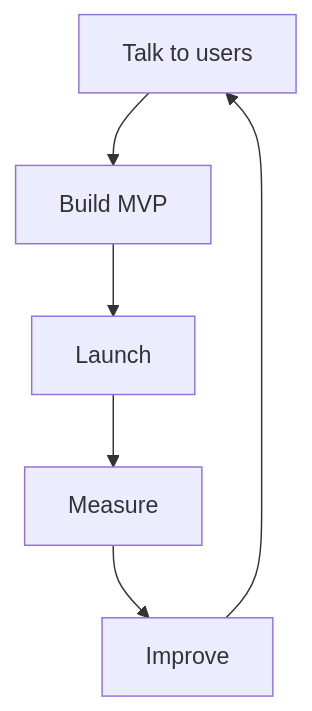
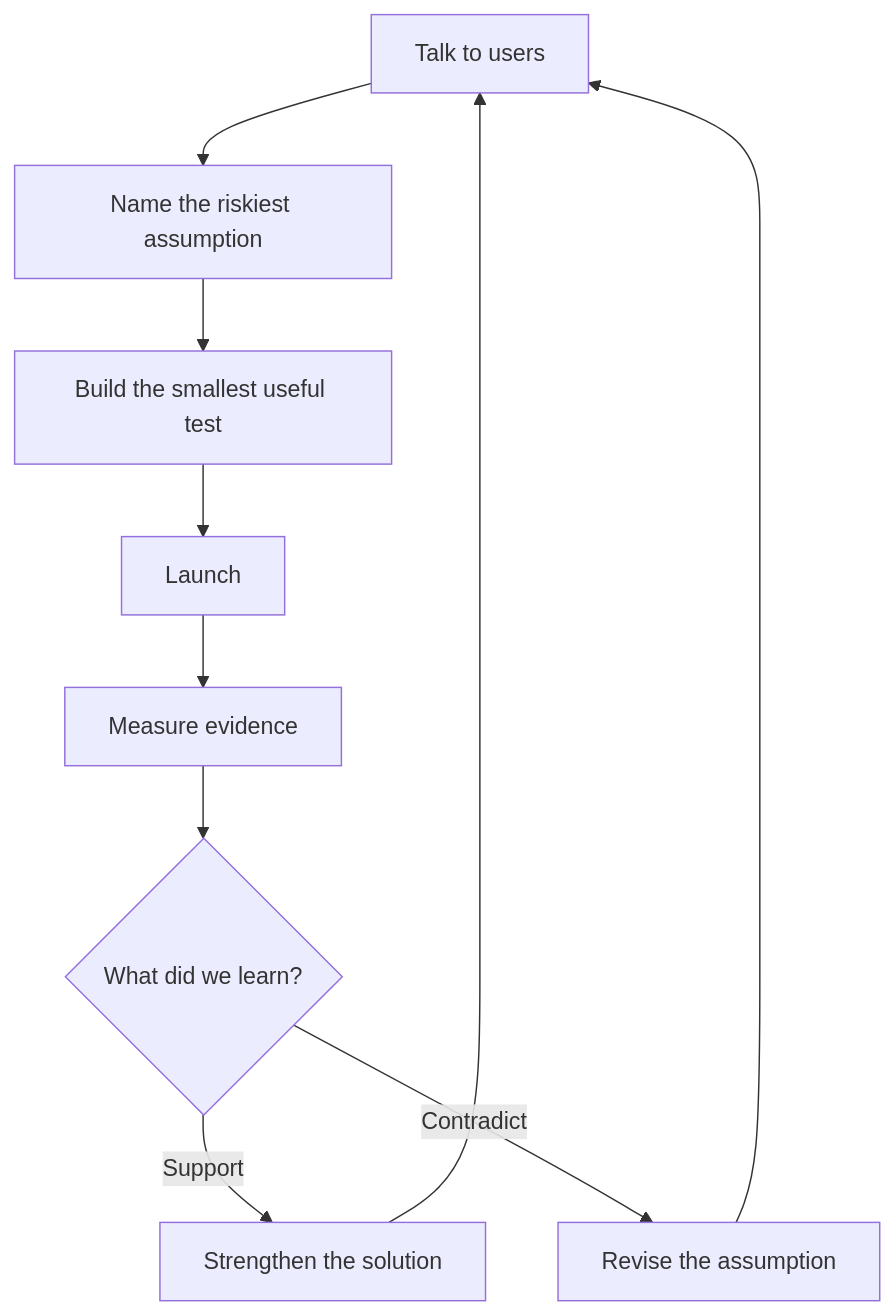
The diagram in books/volume-01-yc-playbook/chapters/01-why-startups-win.md (adamshen1007/FounderOS), drawn with Mermaid before and after one commit. The commit also changed other lines of this file and 65 other files, not shown here.

````diff
--- a/books/volume-01-yc-playbook/chapters/01-why-startups-win.md
+++ b/books/volume-01-yc-playbook/chapters/01-why-startups-win.md
@@ -23,8 +50,12 @@
 ```mermaid
 flowchart TD
-A[Talk to users] --> B[Build MVP]
-B --> C[Launch]
-C --> D[Measure]
-D --> E[Improve]
-E --> A
+    A[Talk to users] --> B[Name the riskiest assumption]
+    B --> C[Build the smallest useful test]
+    C --> D[Launch]
+    D --> E[Measure evidence]
+    E --> F{What did we learn?}
+    F -->|Support| G[Strengthen the solution]
+    F -->|Contradict| H[Revise the assumption]
+    G --> A
+    H --> A
 ```
````
